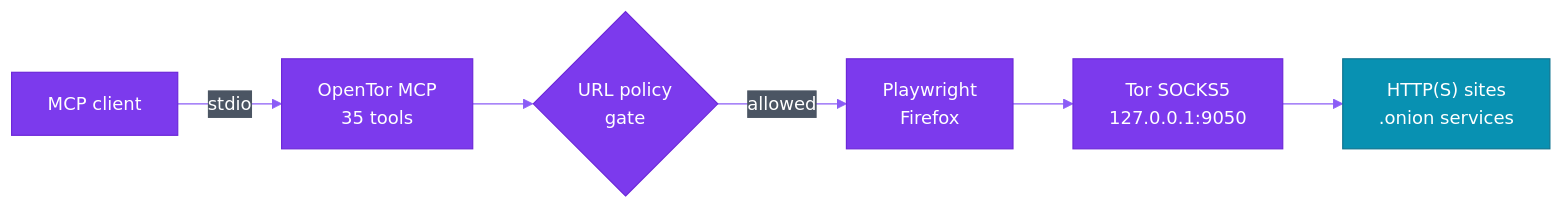
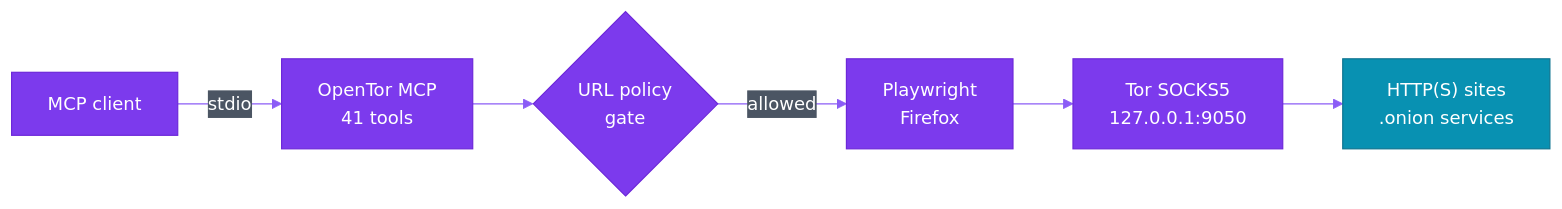
Before and after one commit to Medamine-cheddadi/opentor-mcp: the diagram in README.md, drawn with Mermaid. The commit also changed other lines of this file and 2 other files, not shown here.

````diff
--- a/README.md
+++ b/README.md
@@ -93,12 +93,12 @@
 ```mermaid
 %%{init: {'theme':'base','fontFamily':'-apple-system, BlinkMacSystemFont, Segoe UI, Helvetica, Arial, sans-serif','themeVariables':{'primaryColor':'#7C3AED','primaryTextColor':'#FFFFFF','primaryBorderColor':'#6D28D9','lineColor':'#8B5CF6','edgeLabelBackground':'#4B5563','tertiaryTextColor':'#FFFFFF','fontSize':'15px'}}}%%
 flowchart LR
-    C["MCP client"] -->|stdio| S["OpenTor MCP<br/>35 tools"]
+    C["MCP client"] -->|stdio| S["OpenTor MCP<br/>41 tools"]
     S --> G{"URL policy<br/>gate"}
     G -->|allowed| F["Playwright<br/>Firefox"]
     F --> T["Tor SOCKS5<br/>127.0.0.1:9050"]
     T --> W["HTTP(S) sites<br/>.onion services"]
 
     classDef exit fill:#0891B2,stroke:#0E7490,color:#FFFFFF
     class W exit
 ```
````
